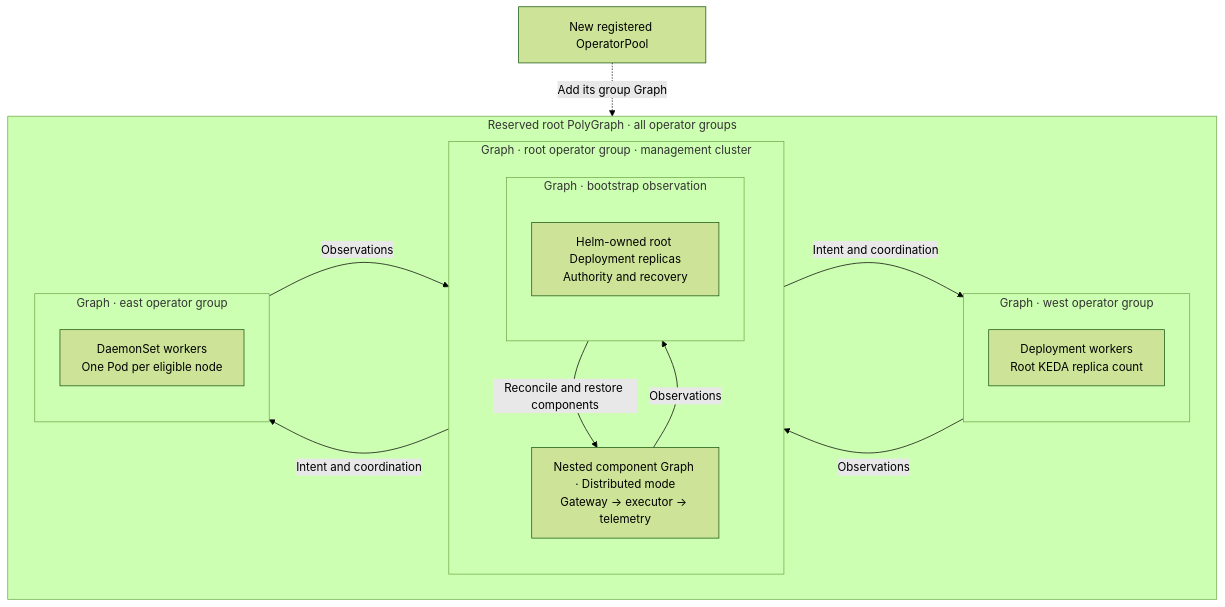
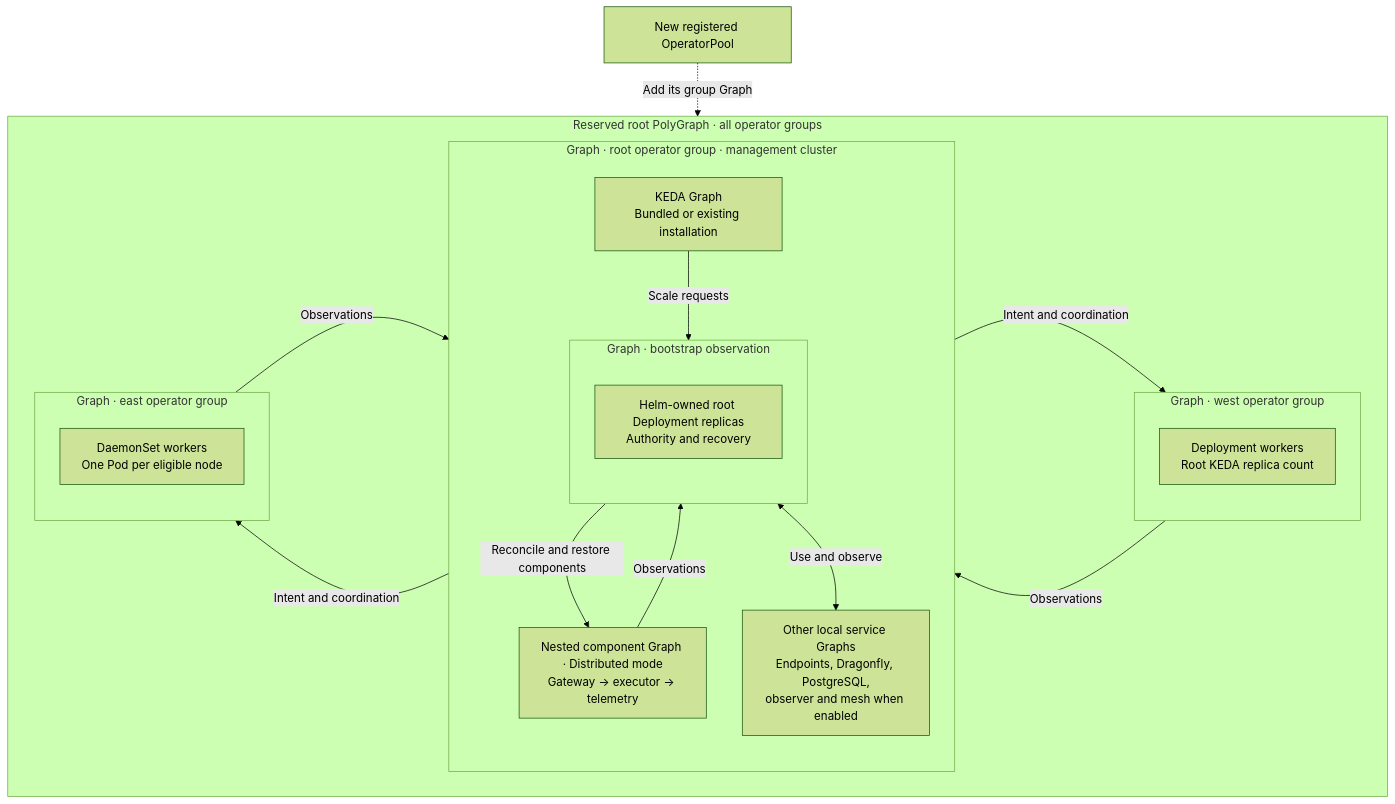
The third of 4 diagrams in docs/deployment/root-control-plane.md (astrivant/polyad), drawn with Mermaid (forest theme) before and after one commit. The commit also changed other lines of this file and 35 other files, not shown here.

Commit message:
Chart dependencies are linked to bootstrapping into root graph and polygraph

````diff
--- a/docs/deployment/root-control-plane.md
+++ b/docs/deployment/root-control-plane.md
@@ -408,24 +412,28 @@
 ```mermaid
 flowchart TB
     subgraph hierarchy["Reserved root PolyGraph · all operator groups"]
         subgraph management["Graph · root operator group · management cluster"]
             subgraph bootstrap["Graph · bootstrap observation"]
                 root["Helm-owned root Deployment replicas<br/>Authority and recovery"]
             end
             components["Nested component Graph · Distributed mode<br/>Gateway → executor → telemetry"]
             bootstrap -->|"Reconcile and restore components"| components
             components -->|"Observations"| bootstrap
+            keda["KEDA Graph<br/>Bundled or existing installation"]
+            services["Other local service Graphs<br/>Endpoints, Dragonfly, PostgreSQL,<br/>observer and mesh when enabled"]
+            keda -->|"Scale requests"| bootstrap
+            bootstrap <-->|"Use and observe"| services
         end
         subgraph west["Graph · west operator group"]
             deployment["Deployment workers<br/>Root KEDA replica count"]
         end
         subgraph east["Graph · east operator group"]
             daemonset["DaemonSet workers<br/>One Pod per eligible node"]
         end
         management -->|"Intent and coordination"| west
         west -->|"Observations"| management
         management -->|"Intent and coordination"| east
         east -->|"Observations"| management
     end
     pool["New registered OperatorPool"] -. "Add its group Graph" .-> hierarchy
 ```
````
